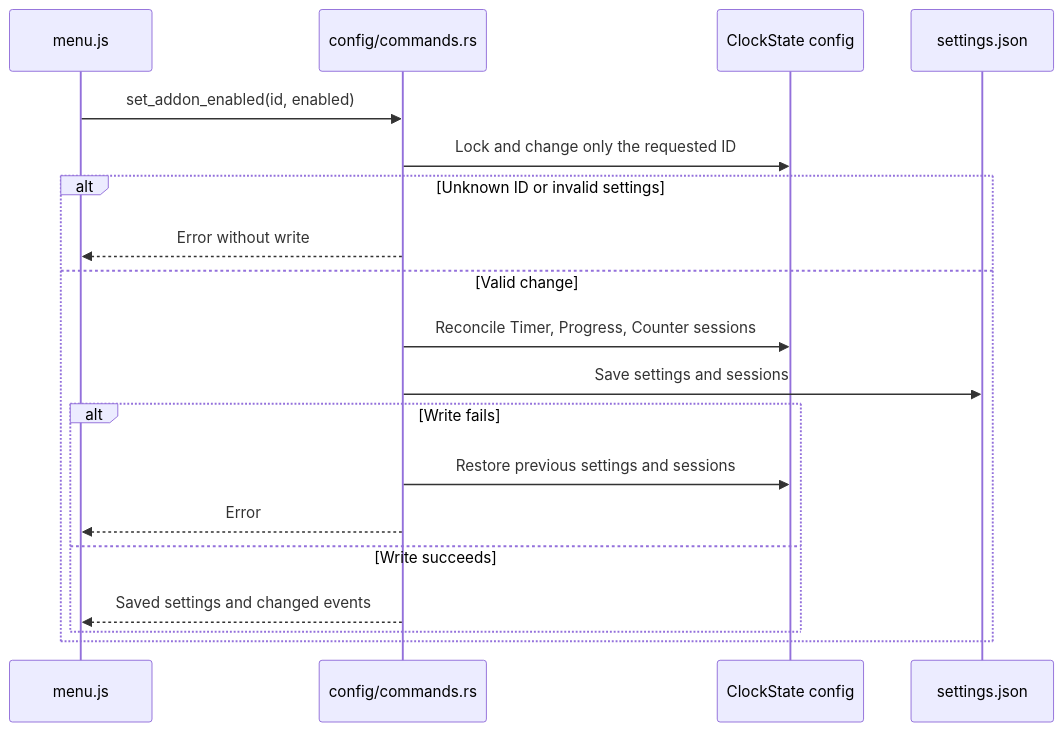
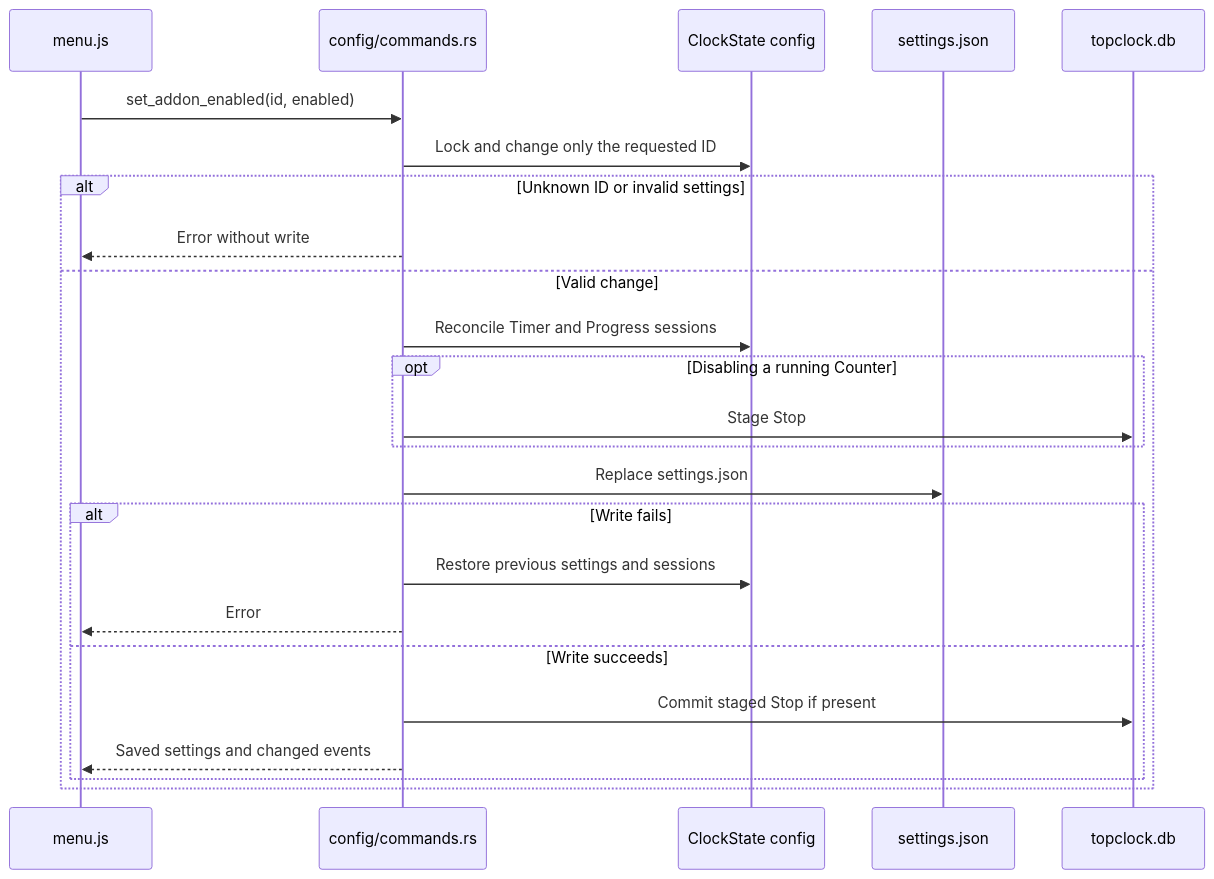
The second of 15 diagrams in src-tauri/src/doc/workflow_diagram.md (tbkmax/TopClock), drawn with Mermaid before and after one commit. The commit also changed other lines of this file and 55 other files, not shown here.

````diff
--- a/src-tauri/src/doc/workflow_diagram.md
+++ b/src-tauri/src/doc/workflow_diagram.md
@@ -36,21 +38,26 @@
 ```mermaid
 sequenceDiagram
     participant Menu as menu.js
     participant Command as config/commands.rs
     participant Config as ClockState config
     participant Disk as settings.json
+    participant CounterDB as topclock.db
     Menu->>Command: set_addon_enabled(id, enabled)
     Command->>Config: Lock and change only the requested ID
     alt Unknown ID or invalid settings
         Command-->>Menu: Error without write
     else Valid change
-        Command->>Config: Reconcile Timer, Progress, Counter sessions
-        Command->>Disk: Save settings and sessions
+        Command->>Config: Reconcile Timer and Progress sessions
+        opt Disabling a running Counter
+            Command->>CounterDB: Stage Stop
+        end
+        Command->>Disk: Replace settings.json
         alt Write fails
             Command->>Config: Restore previous settings and sessions
             Command-->>Menu: Error
         else Write succeeds
+            Command->>CounterDB: Commit staged Stop if present
             Command-->>Menu: Saved settings and changed events
         end
     end
 ```
````
